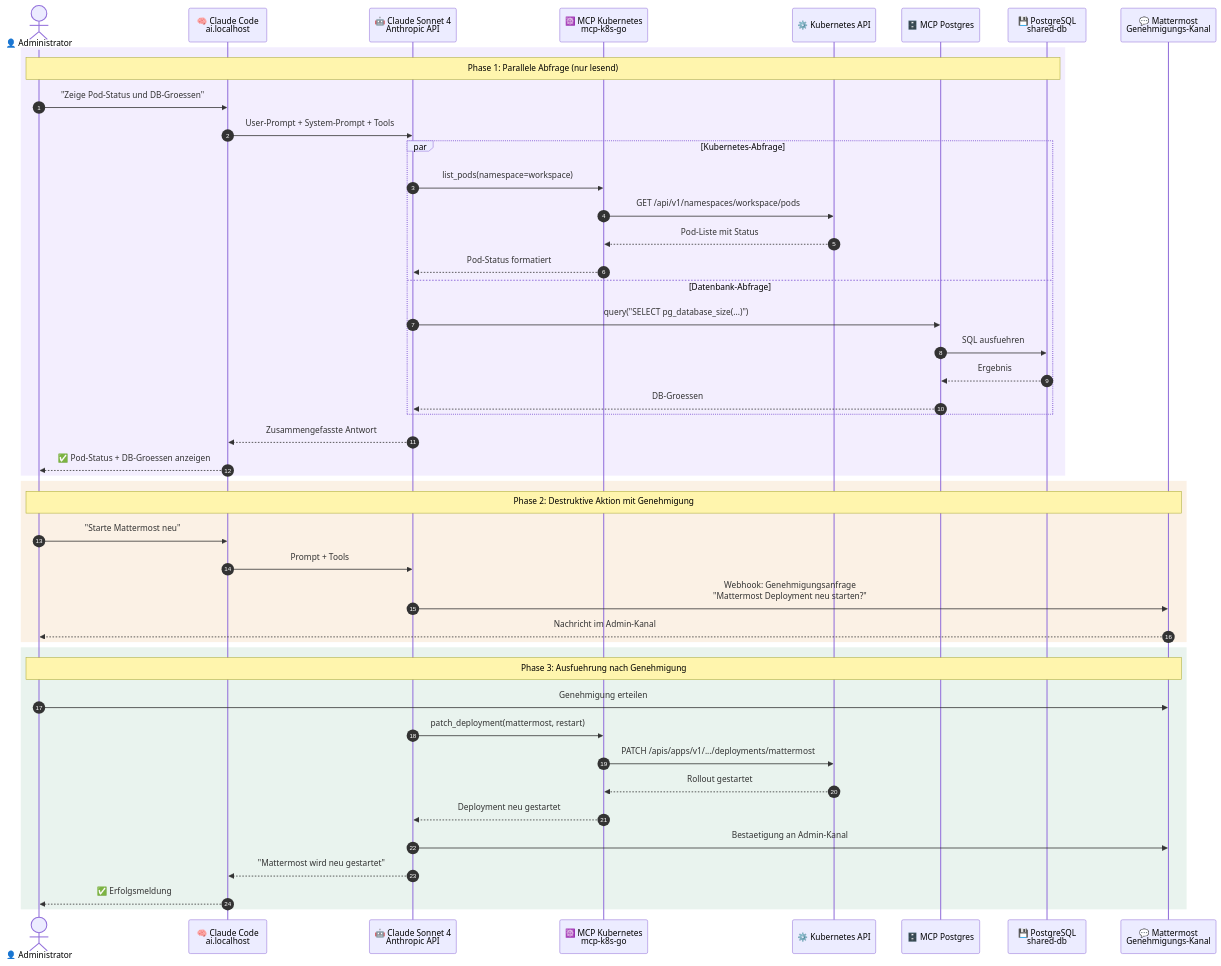
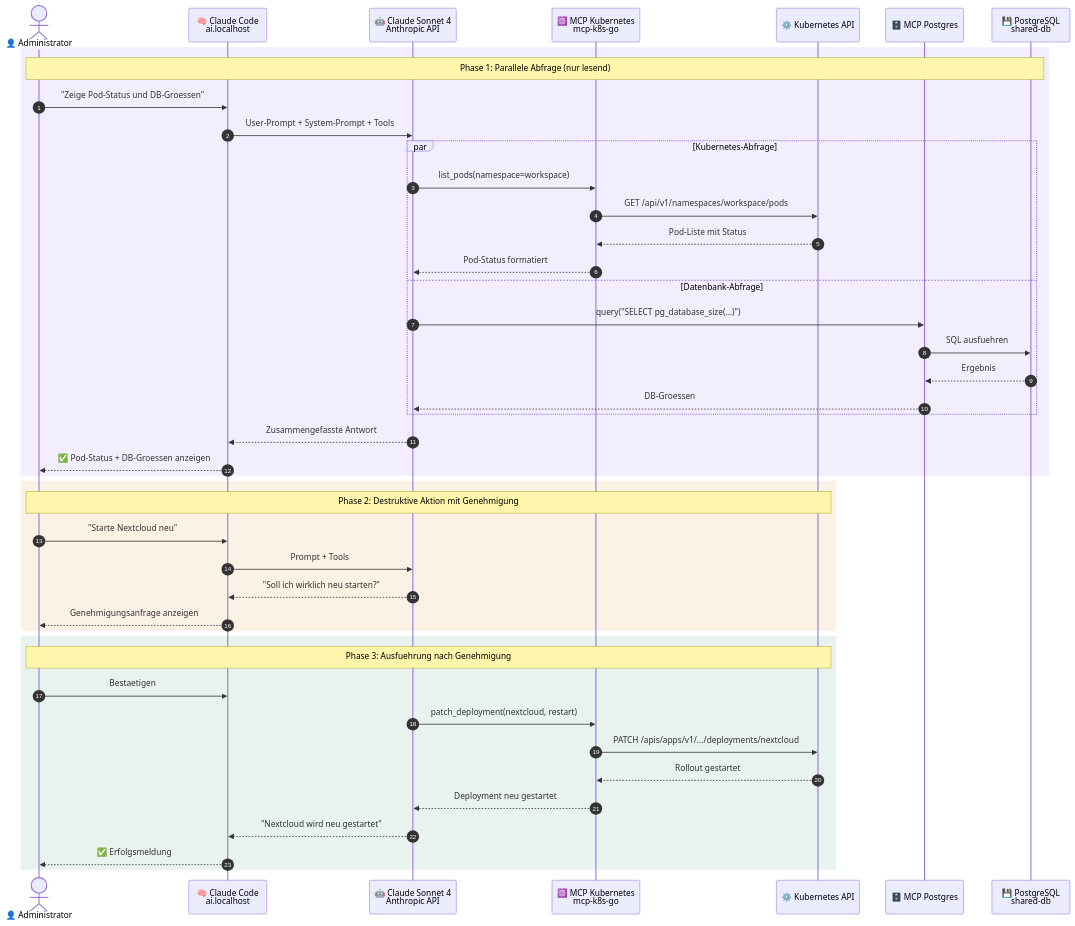
One commit to Paddione/Bachelorprojekt changed the sixth of 10 diagrams in docs/architecture.md. Above: the diagram before and after it, drawn with Mermaid. The commit also changed other lines of this file and 11 other files, not shown here.

First line of the commit message:
docs: overhaul documentation to reflect current architecture

````diff
--- a/docs/architecture.md
+++ b/docs/architecture.md
@@ -443,54 +391,52 @@
 ```mermaid
 sequenceDiagram
     autonumber
 
     actor Admin as 👤 Administrator
     participant OC as 🧠 Claude Code<br/>ai.localhost
     participant Claude as 🤖 Claude Sonnet 4<br/>Anthropic API
     participant MCP_K as ☸️ MCP Kubernetes<br/>mcp-k8s-go
     participant K8S as ⚙️ Kubernetes API
     participant MCP_P as 🗄️ MCP Postgres
     participant DB as 💾 PostgreSQL<br/>shared-db
-    participant MM as 💬 Mattermost<br/>Genehmigungs-Kanal
 
     rect rgba(139, 92, 246, 0.1)
         Note over Admin,DB: Phase 1: Parallele Abfrage (nur lesend)
         Admin ->> OC: "Zeige Pod-Status und DB-Groessen"
         OC ->> Claude: User-Prompt + System-Prompt + Tools
 
         par Kubernetes-Abfrage
             Claude ->> MCP_K: list_pods(namespace=workspace)
             MCP_K ->> K8S: GET /api/v1/namespaces/workspace/pods
             K8S -->> MCP_K: Pod-Liste mit Status
             MCP_K -->> Claude: Pod-Status formatiert
         and Datenbank-Abfrage
             Claude ->> MCP_P: query("SELECT pg_database_size(...)")
             MCP_P ->> DB: SQL ausfuehren
             DB -->> MCP_P: Ergebnis
             MCP_P -->> Claude: DB-Groessen
         end
 
         Claude -->> OC: Zusammengefasste Antwort
         OC -->> Admin: ✅ Pod-Status + DB-Groessen anzeigen
     end
 
     rect rgba(217, 119, 6, 0.1)
-        Note over Admin,MM: Phase 2: Destruktive Aktion mit Genehmigung
-        Admin ->> OC: "Starte Mattermost neu"
+        Note over Admin,K8S: Phase 2: Destruktive Aktion mit Genehmigung
+        Admin ->> OC: "Starte Nextcloud neu"
         OC ->> Claude: Prompt + Tools
-        Claude ->> MM: Webhook: Genehmigungsanfrage<br/>"Mattermost Deployment neu starten?"
-        MM -->> Admin: Nachricht im Admin-Kanal
+        Claude -->> OC: "Soll ich wirklich neu starten?"
+        OC -->> Admin: Genehmigungsanfrage anzeigen
     end
 
     rect rgba(45, 134, 89, 0.1)
-        Note over Admin,MM: Phase 3: Ausfuehrung nach Genehmigung
-        Admin ->> MM: Genehmigung erteilen
-        Claude ->> MCP_K: patch_deployment(mattermost, restart)
-        MCP_K ->> K8S: PATCH /apis/apps/v1/.../deployments/mattermost
+        Note over Admin,K8S: Phase 3: Ausfuehrung nach Genehmigung
+        Admin ->> OC: Bestaetigen
+        Claude ->> MCP_K: patch_deployment(nextcloud, restart)
+        MCP_K ->> K8S: PATCH /apis/apps/v1/.../deployments/nextcloud
         K8S -->> MCP_K: Rollout gestartet
         MCP_K -->> Claude: Deployment neu gestartet
-        Claude ->> MM: Bestaetigung an Admin-Kanal
-        Claude -->> OC: "Mattermost wird neu gestartet"
+        Claude -->> OC: "Nextcloud wird neu gestartet"
         OC -->> Admin: ✅ Erfolgsmeldung
     end
 ```
````
